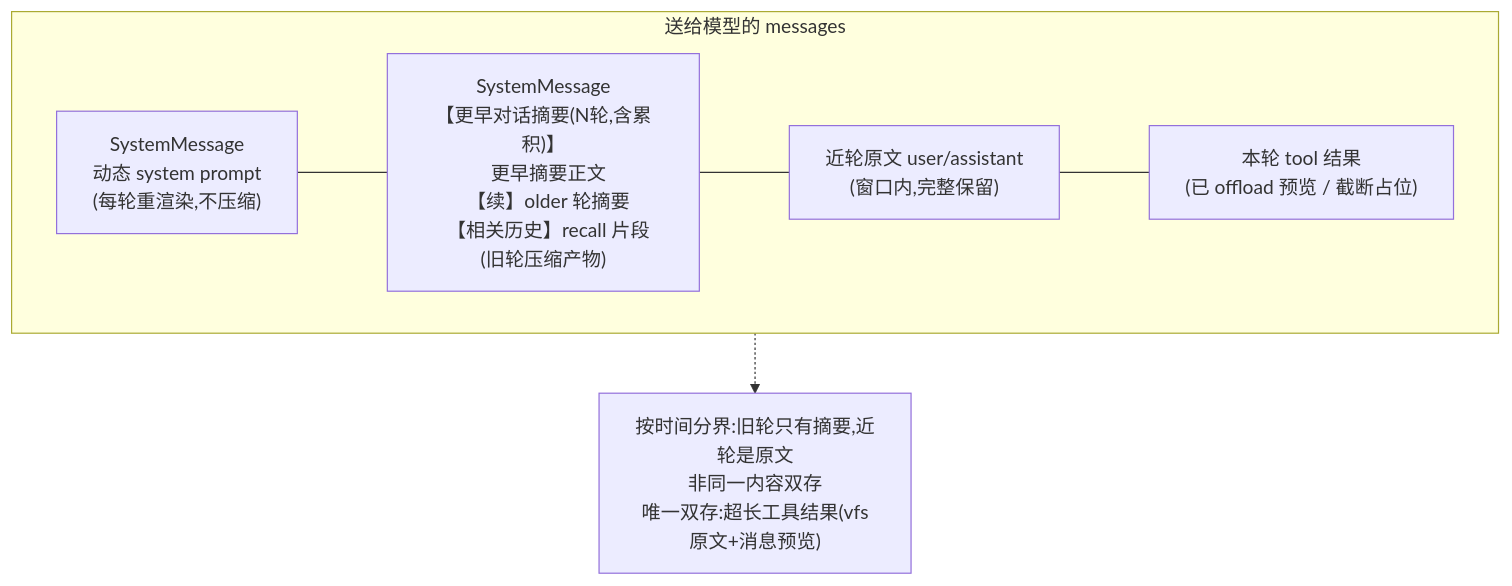
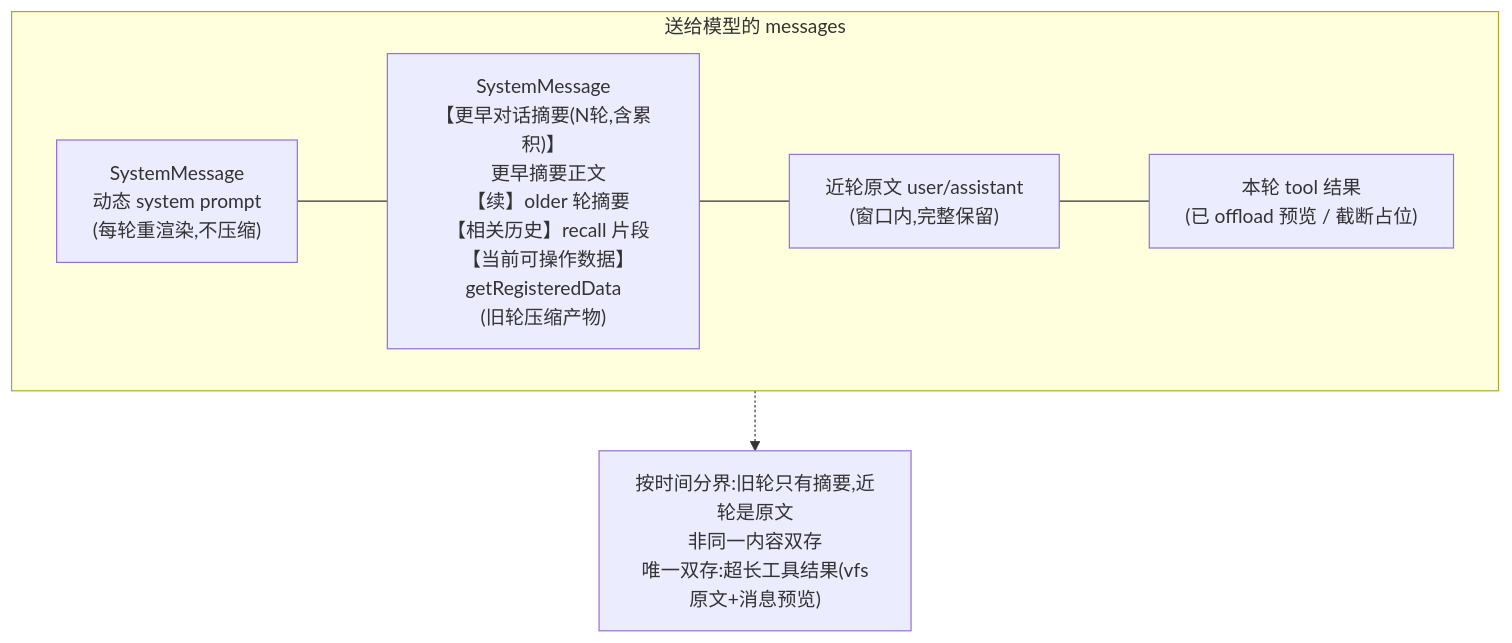
One commit to whyymj/chat-sdk changed the third of 3 diagrams in doc/context-management.md. Above: the diagram before and after it, drawn with Mermaid. The commit also changed other lines of this file and 25 other files, not shown here.

````diff
--- a/doc/context-management.md
+++ b/doc/context-management.md
@@ -175,12 +326,12 @@
 ```mermaid
 flowchart TB
     subgraph MSG[送给模型的 messages]
         S1["SystemMessage<br/>动态 system prompt<br/>(每轮重渲染,不压缩)"]
-        S2["SystemMessage<br/>【更早对话摘要(N轮,含累积)】<br/>  更早摘要正文<br/>  【续】older 轮摘要<br/>  【相关历史】recall 片段<br/>(旧轮压缩产物)"]
+        S2["SystemMessage<br/>【更早对话摘要(N轮,含累积)】<br/>  更早摘要正文<br/>  【续】older 轮摘要<br/>  【相关历史】recall 片段<br/>  【当前可操作数据】getRegisteredData<br/>(旧轮压缩产物)"]
         R["近轮原文 user/assistant<br/>(窗口内,完整保留)"]
         T["本轮 tool 结果<br/>(已 offload 预览 / 截断占位)"]
         S1 --- S2 --- R --- T
     end
     note["按时间分界:旧轮只有摘要,近轮是原文<br/>非同一内容双存<br/>唯一双存:超长工具结果(vfs原文+消息预览)"]
     MSG -.-> note
 ```
````
